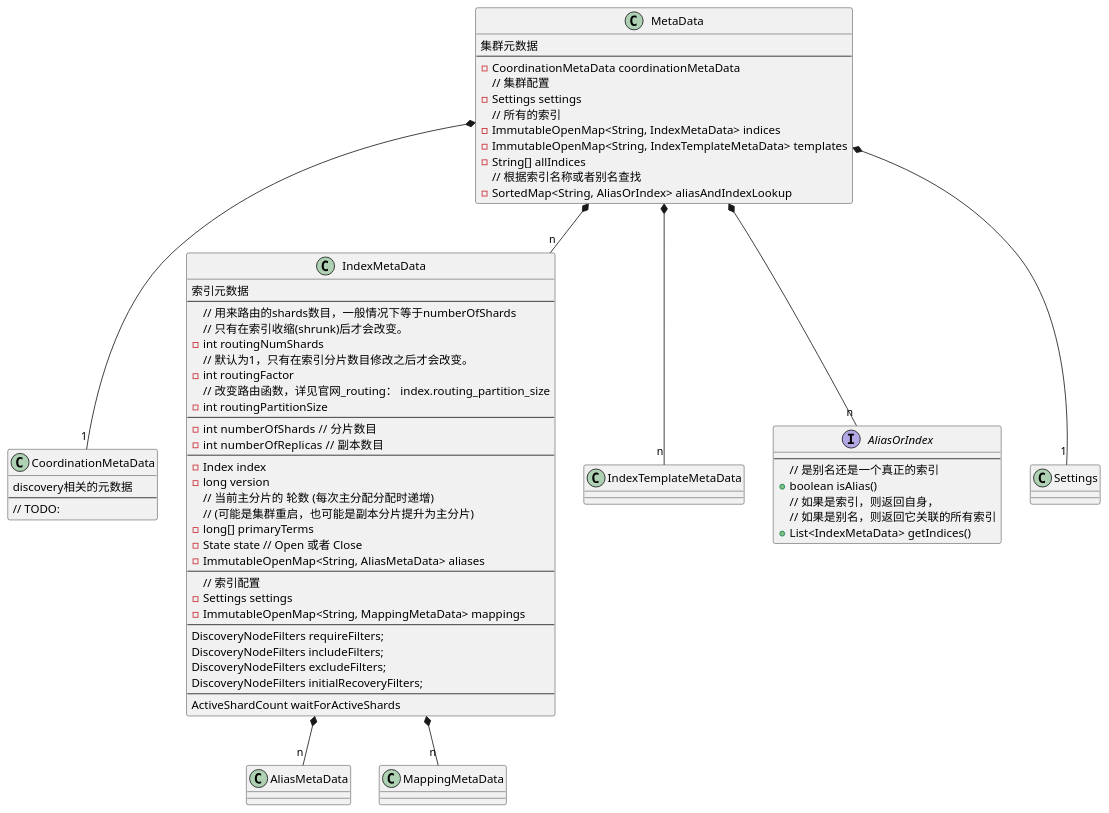
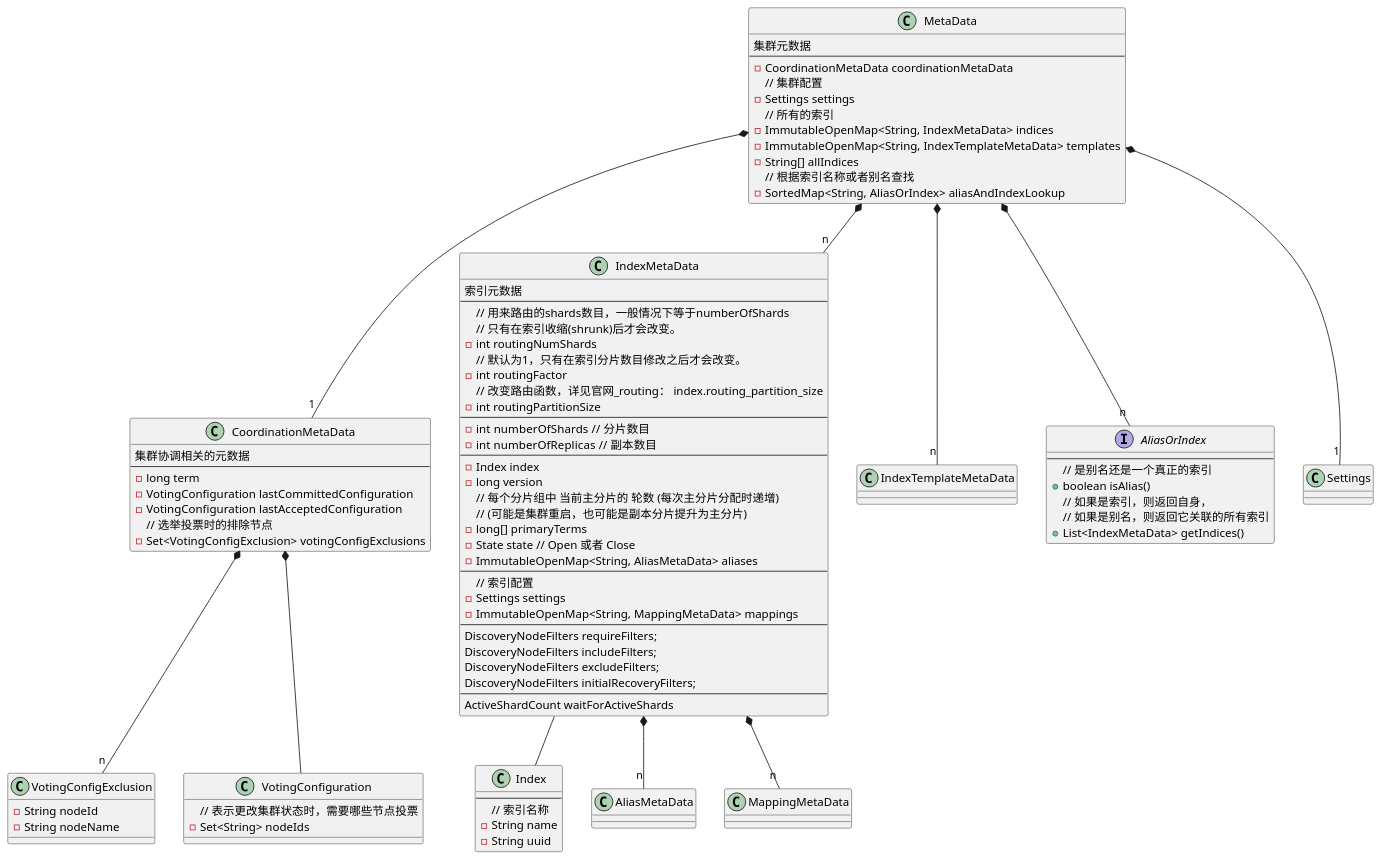
Before and after one commit to zouxiang1993/es7.2.1: the diagram in zx_notes/notes/cluster模块/MetaData相关类图.puml, drawn with PlantUML. The commit also changed 7 other files, not shown here.

```diff
--- a/zx_notes/notes/cluster模块/MetaData相关类图.puml
+++ b/zx_notes/notes/cluster模块/MetaData相关类图.puml
@@ -1,83 +1,107 @@
 @startuml
 
 class MetaData{
     集群元数据
     --
     -CoordinationMetaData coordinationMetaData
     // 集群配置
     -Settings settings
     // 所有的索引
     -ImmutableOpenMap<String, IndexMetaData> indices
     -ImmutableOpenMap<String, IndexTemplateMetaData> templates
     -String[] allIndices
     // 根据索引名称或者别名查找
     -SortedMap<String, AliasOrIndex> aliasAndIndexLookup
 }
 
 class CoordinationMetaData{
-    discovery相关的元数据
+    集群协调相关的元数据
     --
-    // TODO:
+    -long term
+    -VotingConfiguration lastCommittedConfiguration
+    -VotingConfiguration lastAcceptedConfiguration
+    // 选举投票时的排除节点
+    -Set<VotingConfigExclusion> votingConfigExclusions
 }
 
 class IndexMetaData{
     索引元数据
     ---
     // 用来路由的shards数目，一般情况下等于numberOfShards
     // 只有在索引收缩(shrunk)后才会改变。
     -int routingNumShards
     // 默认为1，只有在索引分片数目修改之后才会改变。
     -int routingFactor
     // 改变路由函数，详见官网_routing： index.routing_partition_size
     -int routingPartitionSize
     ---
     -int numberOfShards  // 分片数目
     -int numberOfReplicas  // 副本数目
     ---
     -Index index
     -long version
-    // 当前主分片的 轮数 (每次主分配分配时递增)
+    // 每个分片组中 当前主分片的 轮数 (每次主分片分配时递增)
     // (可能是集群重启，也可能是副本分片提升为主分片)
     -long[] primaryTerms
     -State state // Open 或者 Close
     -ImmutableOpenMap<String, AliasMetaData> aliases
     ---
     // 索引配置
     -Settings settings
     -ImmutableOpenMap<String, MappingMetaData> mappings
     ---
     DiscoveryNodeFilters requireFilters;
     DiscoveryNodeFilters includeFilters;
     DiscoveryNodeFilters excludeFilters;
     DiscoveryNodeFilters initialRecoveryFilters;
     ---
     ActiveShardCount waitForActiveShards
+}
+
+class Index{
+    ---
+    // 索引名称
+    -String name
+    -String uuid
 }
 
 class IndexTemplateMetaData{
 }
 
 interface AliasOrIndex{
     ---
     // 是别名还是一个真正的索引
     +boolean isAlias()
     // 如果是索引，则返回自身，
     // 如果是别名，则返回它关联的所有索引
     +List<IndexMetaData> getIndices()
 }
 
 class AliasMetaData{
 }
 
 class MappingMetaData{
 
 }
 
+class VotingConfigExclusion{
+    -String nodeId
+    -String nodeName
+}
+
+class VotingConfiguration {
+    // 表示更改集群状态时，需要哪些节点投票
+    -Set<String> nodeIds
+}
+
 MetaData  *-- "1" CoordinationMetaData
+CoordinationMetaData *-- "n" VotingConfigExclusion
+CoordinationMetaData *-- VotingConfiguration
 MetaData  *-- "1" Settings
 MetaData  *-- "n" IndexMetaData
+IndexMetaData -- Index
 MetaData  *-- "n" IndexTemplateMetaData
 MetaData  *-- "n" AliasOrIndex
 IndexMetaData  *-- "n" AliasMetaData
 IndexMetaData  *-- "n" MappingMetaData
 @enduml
```
